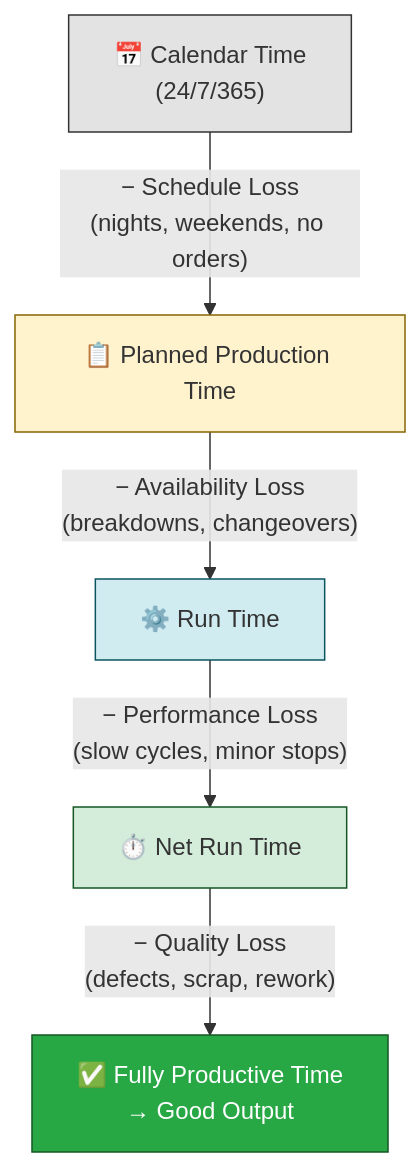
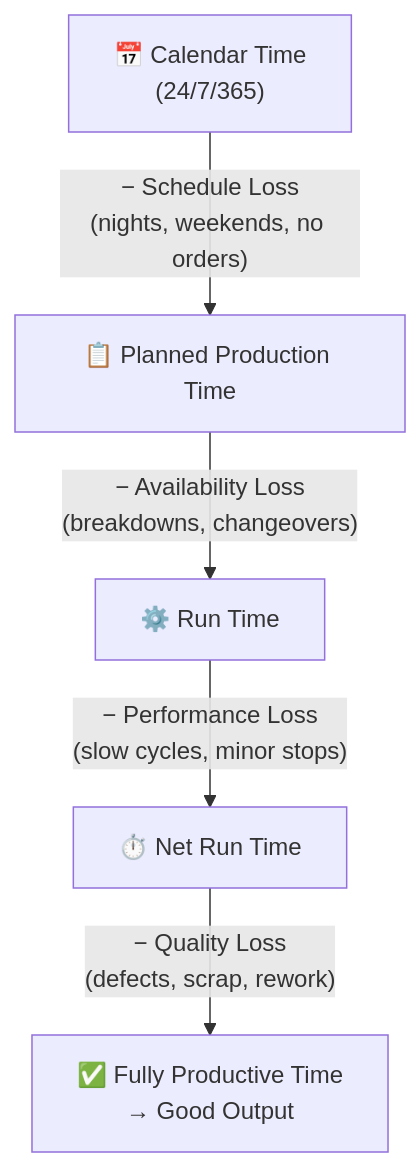
Before and after one commit to faris-isa/hermes-research: the first of 3 diagrams in content/knowledge/oee/index.md, drawn with Mermaid. The commit also changed other lines of this file and 5 other files, not shown here.

First line of the commit message:
fix: remove custom Mermaid styling for dark theme compatibility (#8)

````diff
--- a/content/knowledge/oee/index.md
+++ b/content/knowledge/oee/index.md
@@ -34,13 +34,7 @@
 ```mermaid
 graph TD
     A["📅 Calendar Time<br/>(24/7/365)"] -->|"− Schedule Loss<br/>(nights, weekends, no orders)"| B["📋 Planned Production Time"]
     B -->|"− Availability Loss<br/>(breakdowns, changeovers)"| C["⚙️ Run Time"]
     C -->|"− Performance Loss<br/>(slow cycles, minor stops)"| D["⏱️ Net Run Time"]
     D -->|"− Quality Loss<br/>(defects, scrap, rework)"| E["✅ Fully Productive Time<br/>→ Good Output"]
-
-    style A fill:#e3e3e3,stroke:#333
-    style B fill:#fff3cd,stroke:#856404
-    style C fill:#d1ecf1,stroke:#0c5460
-    style D fill:#d4edda,stroke:#155724
-    style E fill:#28a745,stroke:#155724,color:#fff
 ```
````
